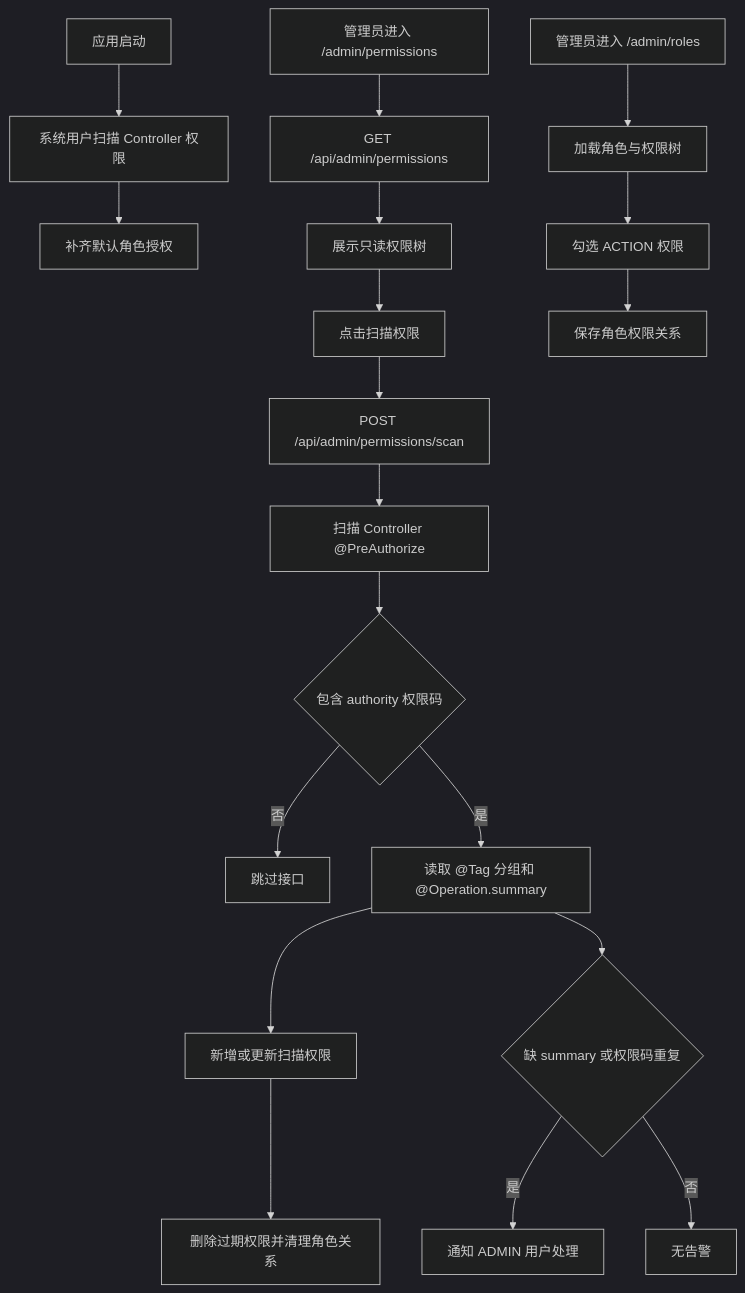
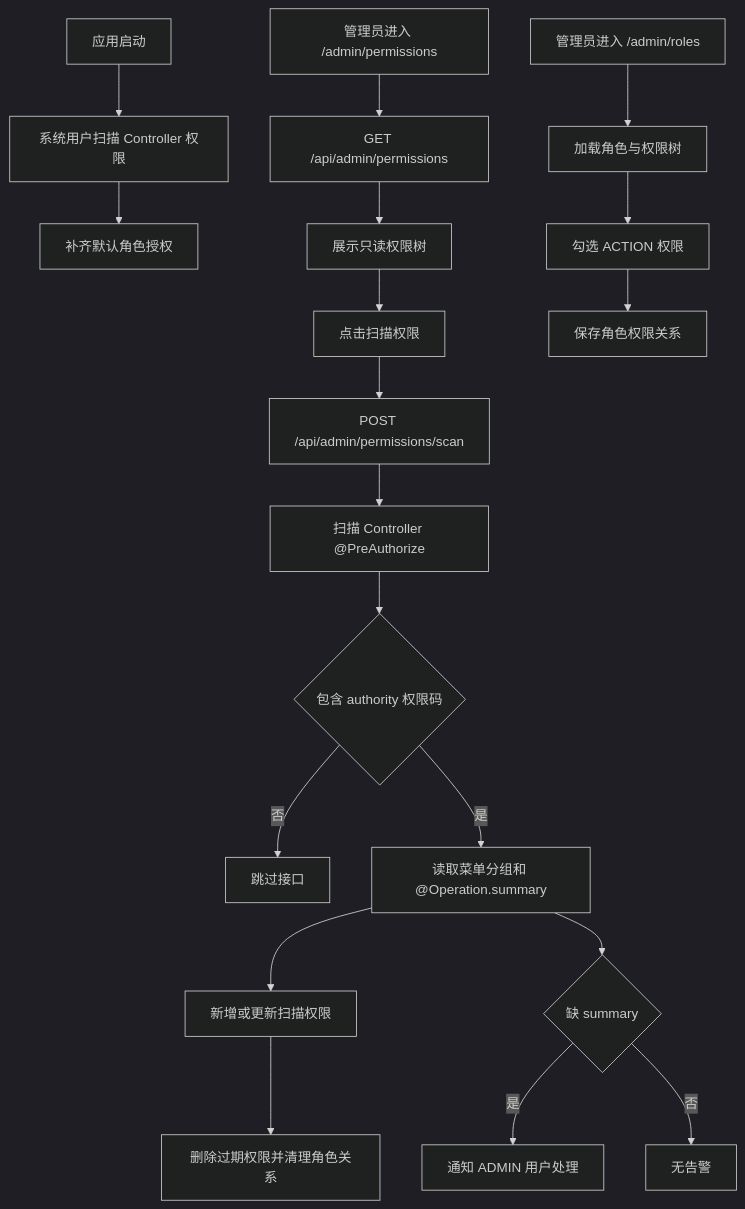
The diagram in docs/20260601172600_role-permission-management-flow.md (guokai2012/exam-ai), drawn with Mermaid (dark theme) before and after one commit. The commit also changed other lines of this file and 2 other files, not shown here.

````diff
--- a/docs/20260601172600_role-permission-management-flow.md
+++ b/docs/20260601172600_role-permission-management-flow.md
@@ -28,21 +28,21 @@
 ```mermaid
 flowchart TD
     S["应用启动"] --> T["系统用户扫描 Controller 权限"]
     T --> U["补齐默认角色授权"]
     A["管理员进入 /admin/permissions"] --> B["GET /api/admin/permissions"]
     B --> C["展示只读权限树"]
     C --> D["点击扫描权限"]
     D --> E["POST /api/admin/permissions/scan"]
     E --> F["扫描 Controller @PreAuthorize"]
     F --> G{"包含 authority 权限码"}
     G -- "否" --> H["跳过接口"]
-    G -- "是" --> I["读取 @Tag 分组和 @Operation.summary"]
+    G -- "是" --> I["读取菜单分组和 @Operation.summary"]
     I --> J["新增或更新扫描权限"]
     J --> K["删除过期权限并清理角色关系"]
-    I --> L{"缺 summary 或权限码重复"}
+    I --> L{"缺 summary"}
     L -- "是" --> M["通知 ADMIN 用户处理"]
     L -- "否" --> N["无告警"]
     O["管理员进入 /admin/roles"] --> P["加载角色与权限树"]
     P --> Q["勾选 ACTION 权限"]
     Q --> R["保存角色权限关系"]
 ```
````
